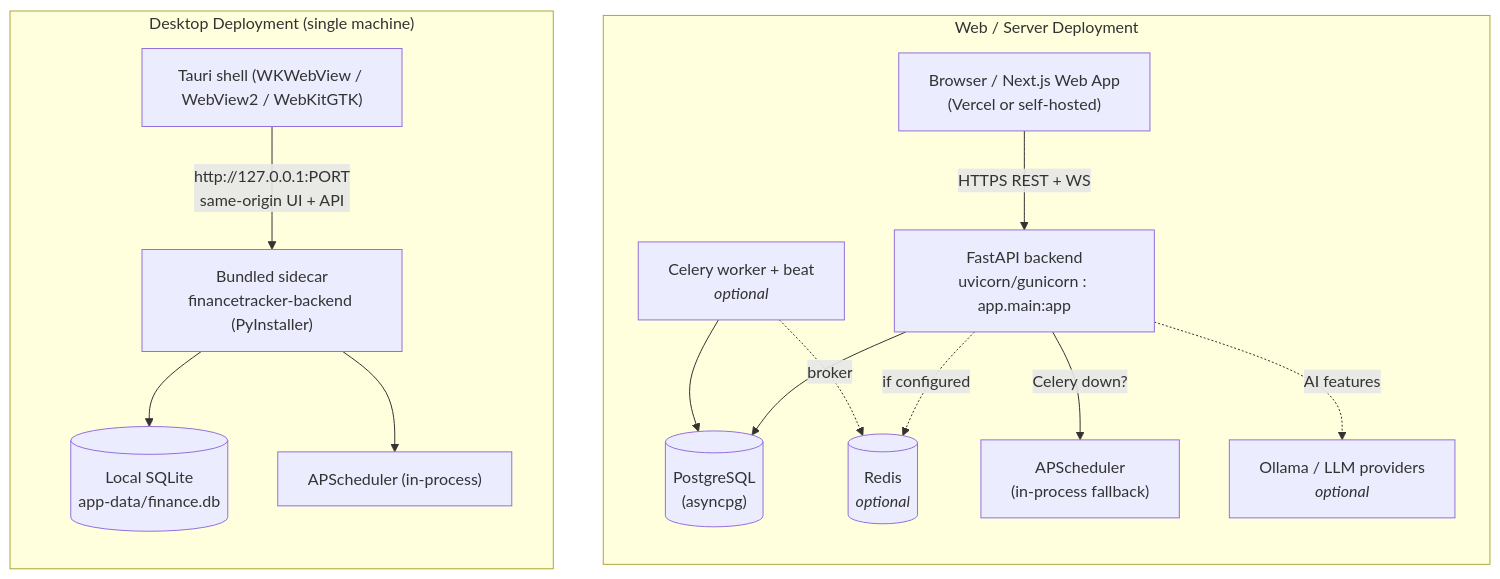
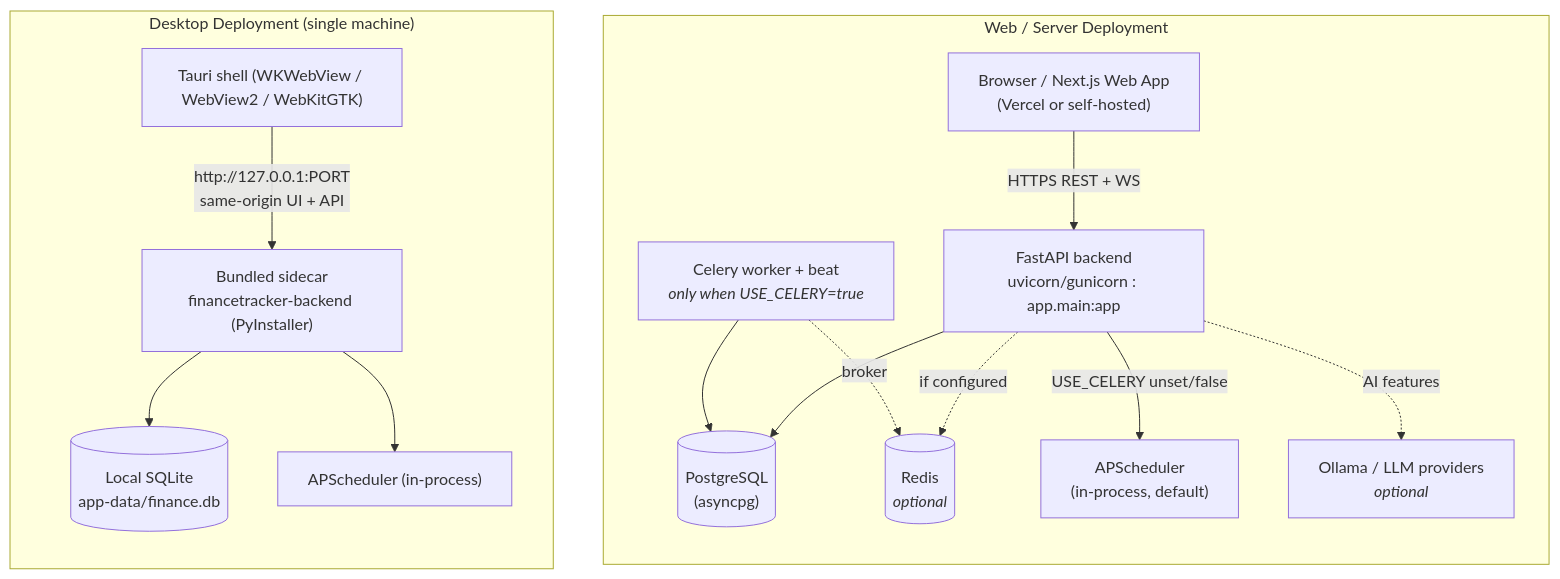
The first of 3 diagrams in docs/deployment.md (ankitkumar9018/FinanceTracking), drawn with Mermaid before and after one commit. The commit also changed other lines of this file and 48 other files, not shown here.

First line of the commit message:
Fix audit findings: accessibility, UX flows, render performance, docs accuracy

````diff
--- a/docs/deployment.md
+++ b/docs/deployment.md
@@ -20,33 +20,33 @@
 ```mermaid
 flowchart TB
     subgraph web["Web / Server Deployment"]
         direction TB
         browser["Browser / Next.js Web App<br/>(Vercel or self-hosted)"]
         api["FastAPI backend<br/>uvicorn/gunicorn : app.main:app"]
         db[("PostgreSQL<br/>(asyncpg)")]
         redis[("Redis<br/><i>optional</i>")]
-        celery["Celery worker + beat<br/><i>optional</i>"]
-        aps["APScheduler<br/>(in-process fallback)"]
+        celery["Celery worker + beat<br/><i>only when USE_CELERY=true</i>"]
+        aps["APScheduler<br/>(in-process, default)"]
         ollama["Ollama / LLM providers<br/><i>optional</i>"]
 
         browser -->|HTTPS REST + WS| api
         api --> db
         api -.->|if configured| redis
         celery -.->|broker| redis
         celery --> db
-        api -->|Celery down?| aps
+        api -->|"USE_CELERY unset/false"| aps
         api -.->|AI features| ollama
     end
 
     subgraph desktop["Desktop Deployment (single machine)"]
         direction TB
         shell["Tauri shell (WKWebView / WebView2 / WebKitGTK)"]
         sidecar["Bundled sidecar<br/>financetracker-backend (PyInstaller)"]
         localdb[("Local SQLite<br/>app-data/finance.db")]
         apsd["APScheduler (in-process)"]
 
         shell -->|http://127.0.0.1:PORT<br/>same-origin UI + API| sidecar
         sidecar --> localdb
         sidecar --> apsd
     end
 ```
````
